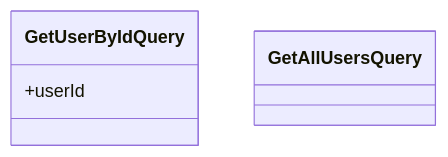
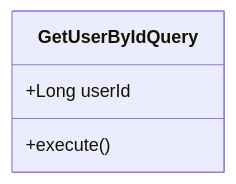
Before and after one commit to viswarajramji/user: the fifth of 9 diagrams in readme.md, drawn with Mermaid. The commit also changed other lines of this file, not shown here.

````diff
--- a/readme.md
+++ b/readme.md
@@ -90,8 +114,7 @@
 ```mermaid
 classDiagram
-    class GetUserByIdQuery
-    class GetAllUsersQuery
-
-    GetUserByIdQuery : +userId
-    GetAllUsersQuery
+    class GetUserByIdQuery {
+        +Long userId
+        +execute()
+    }
 ```
````
